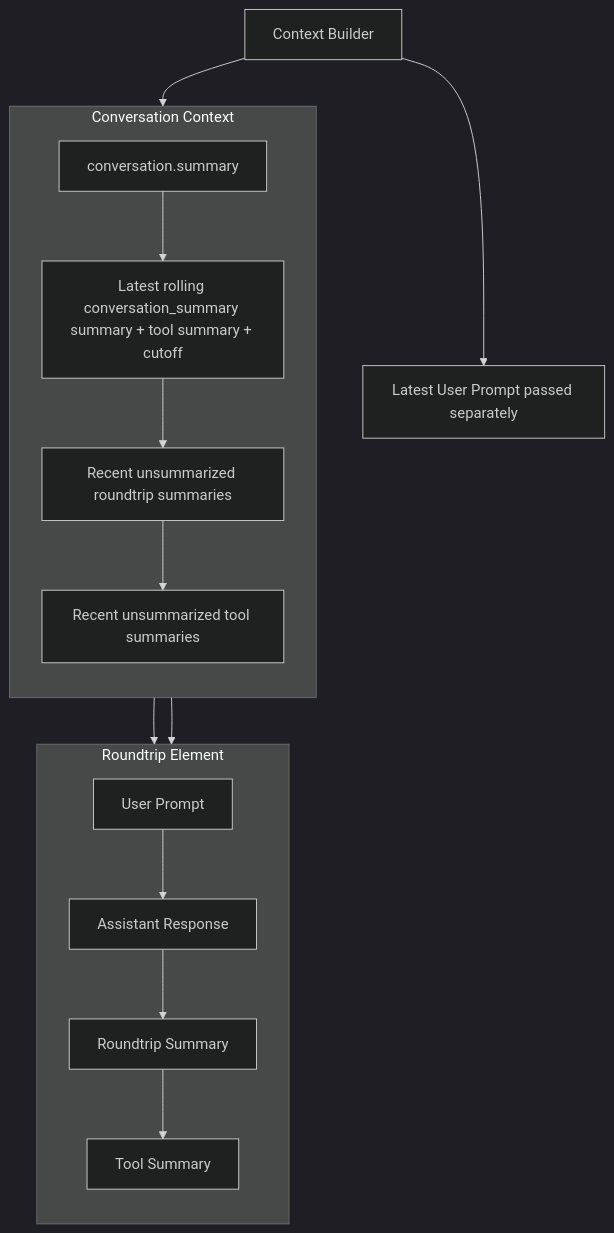
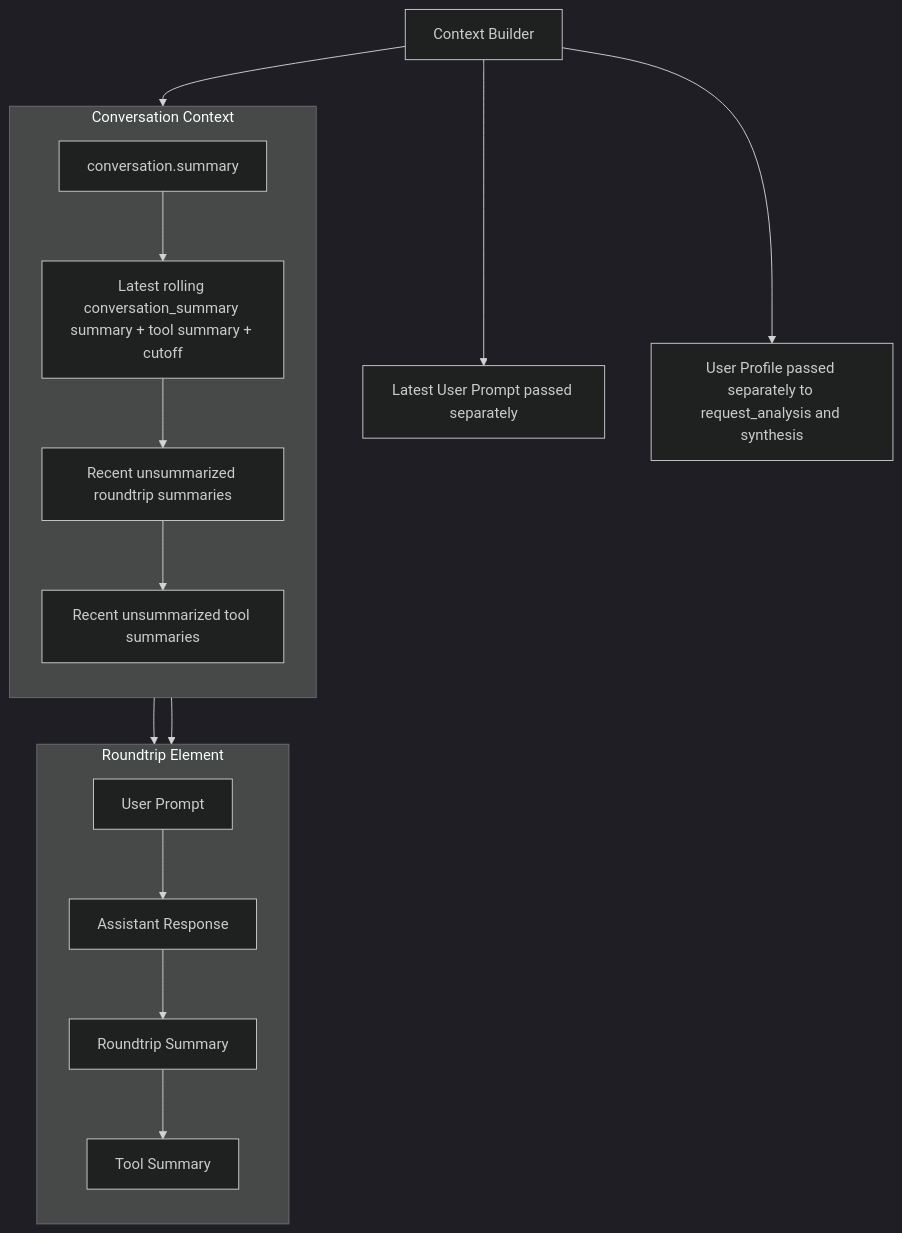
Before and after one commit to mikeshutov/llm_poc: the second of 3 diagrams in README.md, drawn with Mermaid (dark theme). The commit also changed other lines of this file, not shown here.

````diff
--- a/README.md
+++ b/README.md
@@ -57,26 +60,27 @@
 ```mermaid
 flowchart TD
     A[Context Builder] --> B
     subgraph B[Conversation Context]
         direction TB
         M1["conversation.summary"]
         M2["Latest rolling conversation_summary summary + tool summary + cutoff"]
         M3["Recent unsummarized roundtrip summaries"]
         M4["Recent unsummarized tool summaries"]
         M1 --> M2 --> M3 --> M4
     end
 
     A --> D[Latest User Prompt passed separately]
+    A --> E[User Profile passed separately to request_analysis and synthesis]
 
     subgraph C[Roundtrip Element]
         direction TB
         N1["User Prompt"]
         N2["Assistant Response"]
         N3["Roundtrip Summary"]
         N4["Tool Summary"]
         N1 --> N2 --> N3 --> N4
     end
 
     M3 --> C
     M4 --> C
 ```
````
